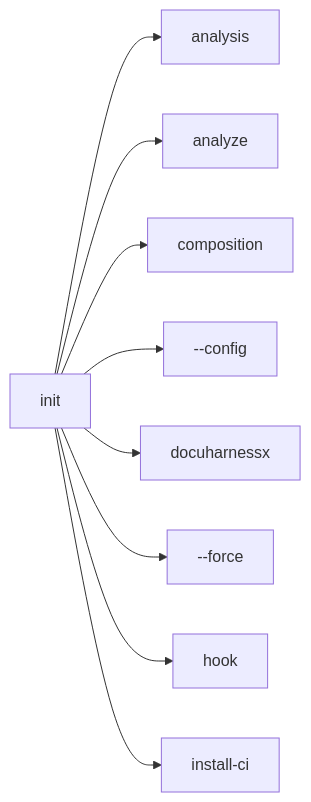
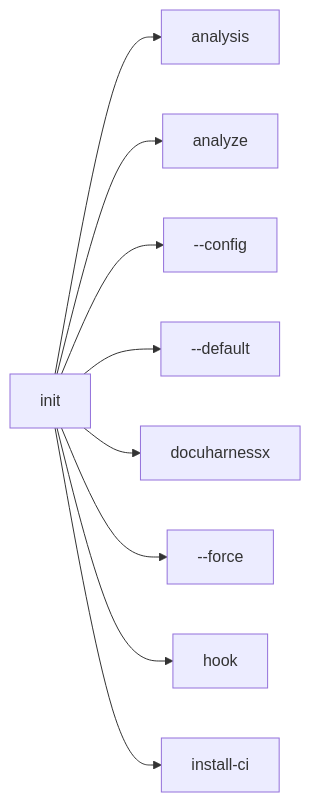
Diagram 14 of 30 in docs/glossary.md (norandom/DocuHarnessX), drawn with Mermaid before and after one commit. The commit also changed other lines of this file and 12 other files, not shown here.

````diff
--- a/docs/glossary.md
+++ b/docs/glossary.md
@@ -509,20 +514,20 @@
 ```mermaid
 flowchart LR
   here["init"]
   r0["analysis"]
   here --> r0
   r1["analyze"]
   here --> r1
-  r2["composition"]
+  r2["--config"]
   here --> r2
-  r3["--config"]
+  r3["--default"]
   here --> r3
   r4["docuharnessx"]
   here --> r4
   r5["--force"]
   here --> r5
   r6["hook"]
   here --> r6
   r7["install-ci"]
   here --> r7
 ```
````
